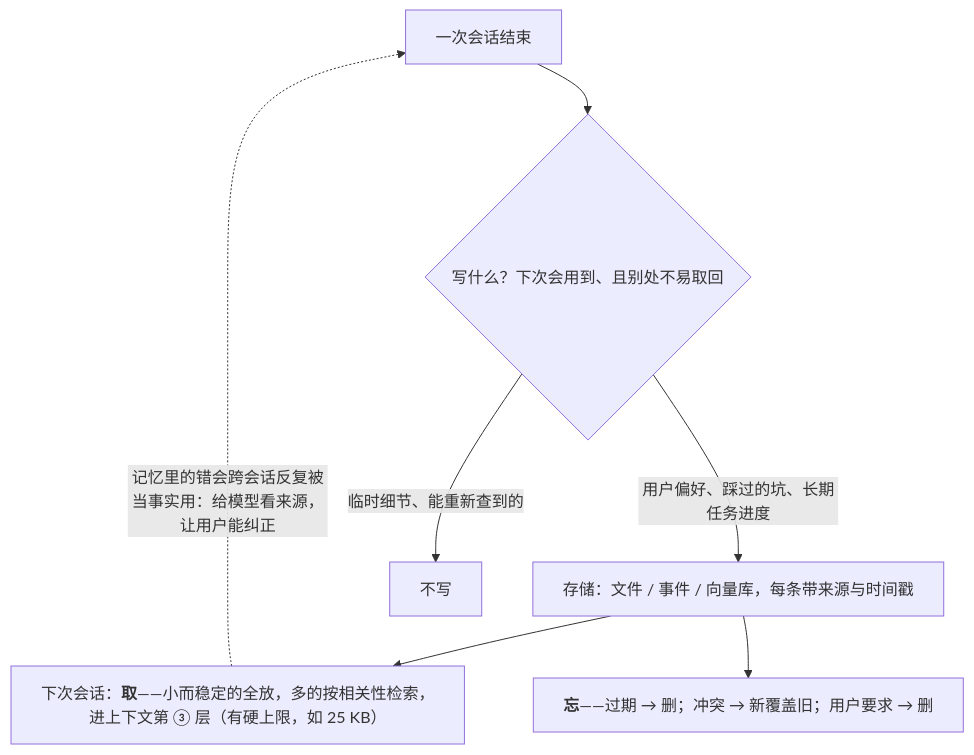
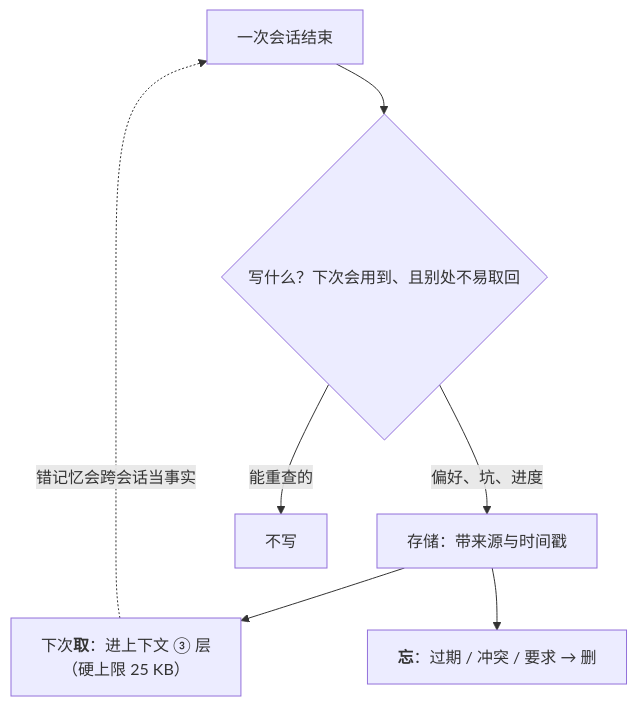
Before and after one commit to arganzheng/arganzheng.github.com: the eighth of 9 diagrams in slides/2026-10-29-agent-and-harness.md, drawn with Mermaid. The commit also changed other lines of this file, not shown here.

Commit message:
slides/agent-and-harness: cut/shorten mermaid diagrams below 14px rendered text (check-render smalltext/overlap)

````diff
--- a/slides/2026-10-29-agent-and-harness.md
+++ b/slides/2026-10-29-agent-and-harness.md
@@ -310,11 +306,11 @@
 ```mermaid
 %%{init: {"flowchart": {"wrappingWidth": 480}}}%%
 flowchart TB
     S["一次会话结束"] --> W{"写什么？下次会用到、且别处不易取回"}
-    W -- "用户偏好、踩过的坑、长期任务进度" --> ST["存储：文件 / 事件 / 向量库，每条带来源与时间戳"]
-    W -- "临时细节、能重新查到的" --> X["不写"]
-    ST --> R["下次会话：<b>取</b>——小而稳定的全放，多的按相关性检索，<br/>进上下文第 ③ 层（有硬上限，如 25 KB）"]
-    ST --> F["<b>忘</b>——过期 → 删；冲突 → 新覆盖旧；用户要求 → 删"]
-    R -. "记忆里的错会跨会话反复被当事实用：给模型看来源，让用户能纠正" .-> S
+    W -- "偏好、坑、进度" --> ST["存储：带来源与时间戳"]
+    W -- "能重查的" --> X["不写"]
+    ST --> R["下次<b>取</b>：进上下文 ③ 层<br/>（硬上限 25 KB）"]
+    ST --> F["<b>忘</b>：过期 / 冲突 / 要求 → 删"]
+    R -. "错记忆会跨会话当事实" .-> S
 
 ```
````
